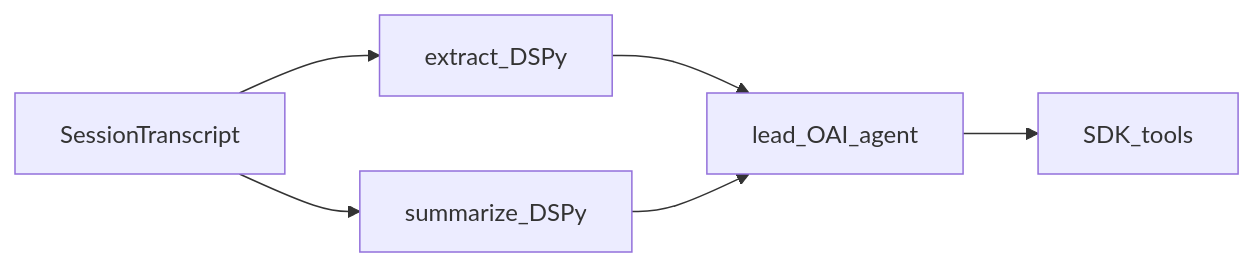
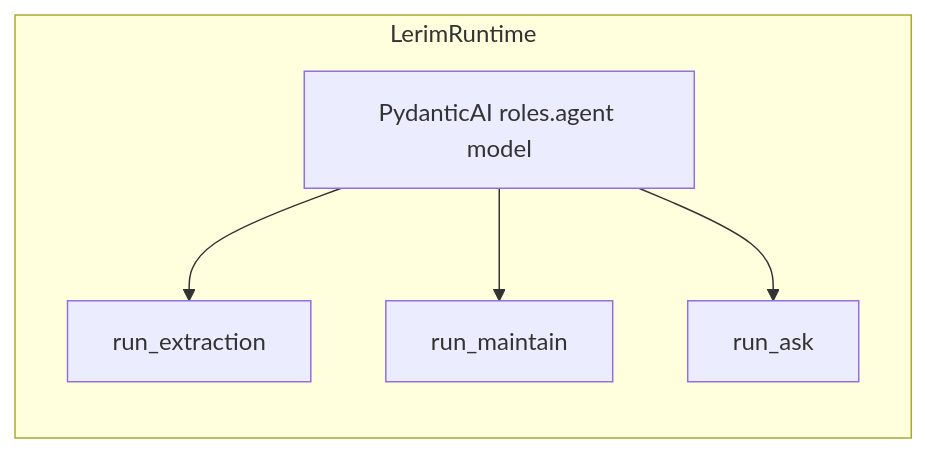
One commit to lerim-dev/lerim-cli changed the diagram in docs/configuration/model-roles.md. Above: the diagram before and after it, drawn with Mermaid. The commit also changed other lines of this file and 201 other files, not shown here.

````diff
--- a/docs/configuration/model-roles.md
+++ b/docs/configuration/model-roles.md
@@ -19,8 +14,12 @@
 ```mermaid
 flowchart LR
-	Transcript[SessionTranscript] --> Ext[extract_DSPy]
-	Transcript --> Sum[summarize_DSPy]
-	Ext --> Lead[lead_OAI_agent]
-	Sum --> Lead
-	Lead --> Tools[SDK_tools]
+	subgraph rt [LerimRuntime]
+		AgentModel["PydanticAI roles.agent model"]
+		EA[run_extraction]
+		MA[run_maintain]
+		AA[run_ask]
+	end
+	AgentModel --> EA
+	AgentModel --> MA
+	AgentModel --> AA
 ```
````
